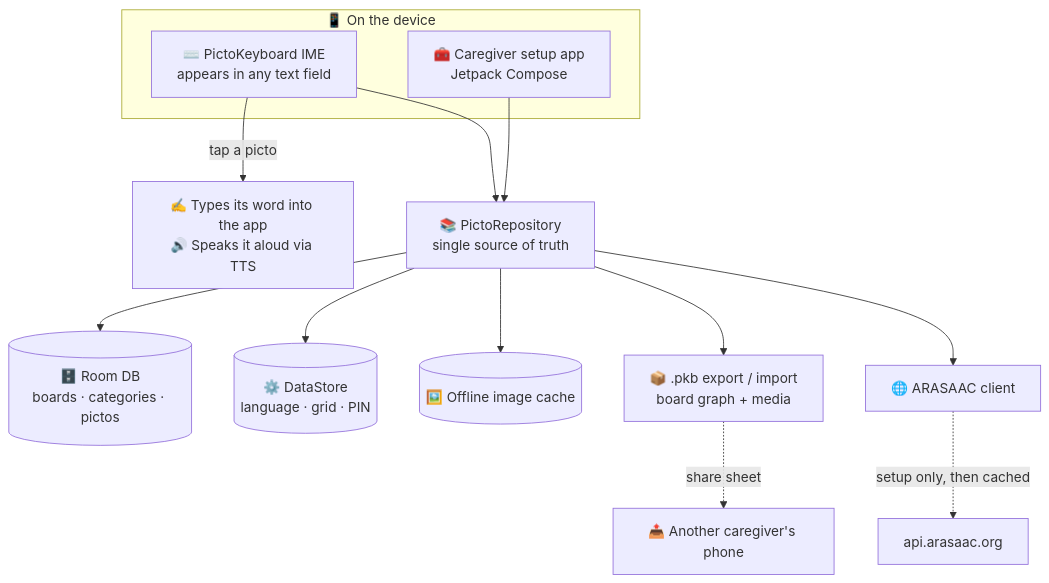
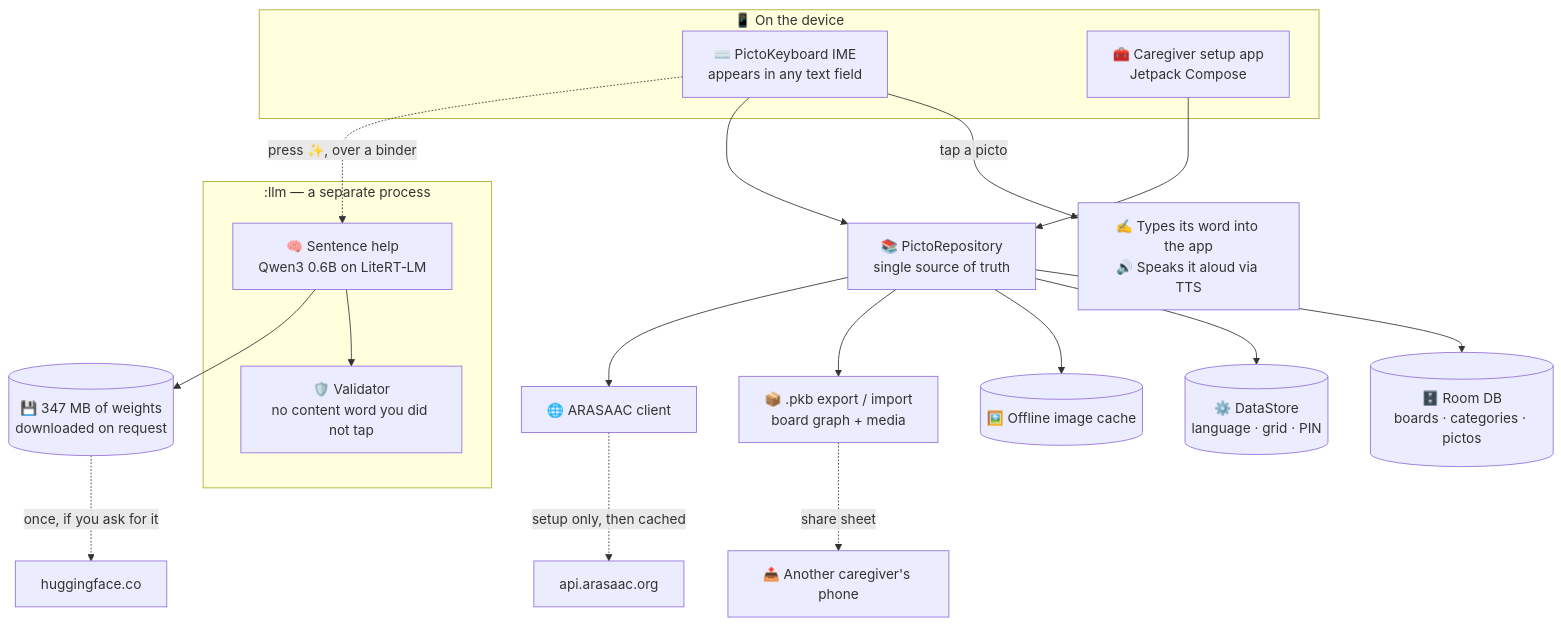
Before and after one commit to SelfishCoconut/pictokeyboard: the diagram in README.md, drawn with Mermaid. The commit also changed other lines of this file and 2 other files, not shown here.

First line of the commit message:
Describe the app that exists, not the June one (#164)

````diff
--- a/README.md
+++ b/README.md
@@ -84,22 +108,32 @@
 ```mermaid
 flowchart TD
     subgraph device["📱 On the device"]
         IME["⌨️ PictoKeyboard IME<br/>appears in any text field"]
         APP["🧰 Caregiver setup app<br/>Jetpack Compose"]
     end
 
     IME -->|"tap a picto"| OUT["✍️ Types its word into the app<br/>🔊 Speaks it aloud via TTS"]
 
     APP --> REPO
     IME --> REPO
     REPO["📚 PictoRepository<br/>single source of truth"]
 
     REPO --> DB[("🗄️ Room DB<br/>boards · categories · pictos")]
     REPO --> PREFS[("⚙️ DataStore<br/>language · grid · PIN")]
     REPO --> CACHE[("🖼️ Offline image cache")]
     REPO --> BACKUP["📦 .pkb export / import<br/>board graph + media"]
     REPO --> ARASAAC["🌐 ARASAAC client"]
 
+    subgraph llm[":llm — a separate process"]
+        LLM["🧠 Sentence help<br/>Qwen3 0.6B on LiteRT‑LM"]
+        VALID["🛡️ Validator<br/>no content word you did not tap"]
+        LLM --> VALID
+    end
+
+    IME -.->|"press ✨, over a binder"| LLM
+    LLM --> WEIGHTS[("💾 347 MB of weights<br/>downloaded on request")]
+
     BACKUP -.->|"share sheet"| SHARE["📤 Another caregiver's phone"]
     ARASAAC -.->|"setup only, then cached"| API["api.arasaac.org"]
+    WEIGHTS -.->|"once, if you ask for it"| HF["huggingface.co"]
 ```
````
